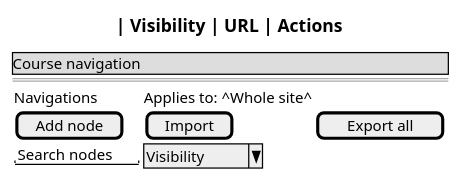
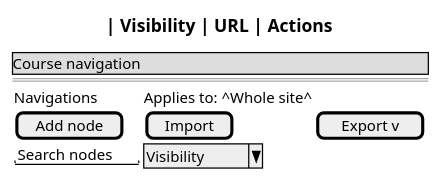
The diagram in docs/en/technical/requirements/use-cases/customiseSecondaryNavigation/wireframes.puml (didactika/moodle-local_extendednav), drawn with PlantUML before and after one commit. The commit also changed 59 other files, not shown here.

```diff
--- a/docs/en/technical/requirements/use-cases/customiseSecondaryNavigation/wireframes.puml
+++ b/docs/en/technical/requirements/use-cases/customiseSecondaryNavigation/wireframes.puml
@@ -1,12 +1,12 @@
 @startsalt
 {
   {* Course navigation }
   ==
   {
     Navigations | Applies to: ^Whole site^
-    [ Add node ] | [ Import ] | [ Export all ]
+    [ Add node ] | [ Import ] | [ Export v ]
     "Search nodes" | ^Visibility^
     Title | Visibility | URL | Actions
   }
 }
 @endsalt
```
